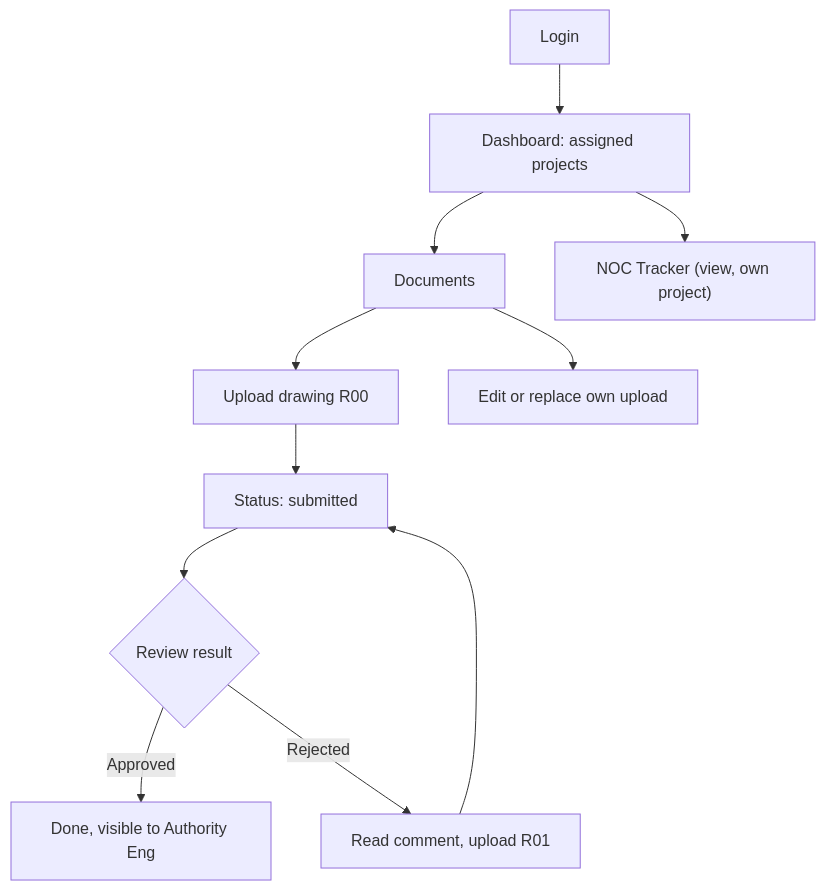
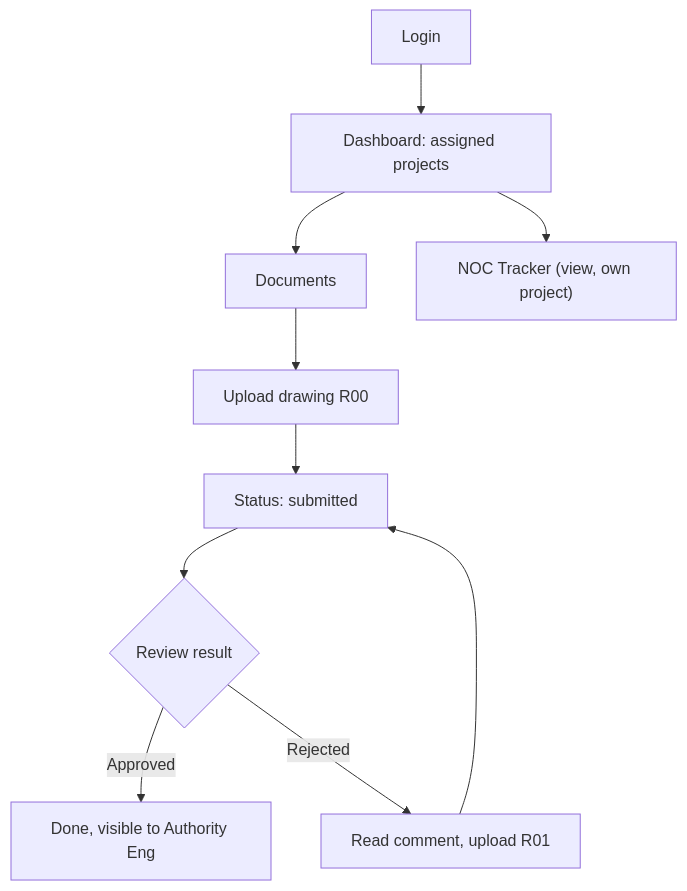
The seventh of 8 diagrams in CVTEC_EDMS.md (GioMjds/Engineer-Document-Management-System), drawn with Mermaid before and after one commit. The commit also changed other lines of this file and 48 other files, not shown here.

````diff
--- a/CVTEC_EDMS.md
+++ b/CVTEC_EDMS.md
@@ -147,13 +147,12 @@
 ```mermaid
 flowchart TD
 L["Login"] --> D["Dashboard: assigned projects"]
 D --> X["Documents"]
 X --> U["Upload drawing R00"]
-X --> W["Edit or replace own upload"]
 U --> S["Status: submitted"]
 S --> R{"Review result"}
 R -- "Approved" --> OK["Done, visible to Authority Eng"]
 R -- "Rejected" --> C["Read comment, upload R01"]
 C --> S
 D --> N["NOC Tracker (view, own project)"]
 ```
````
